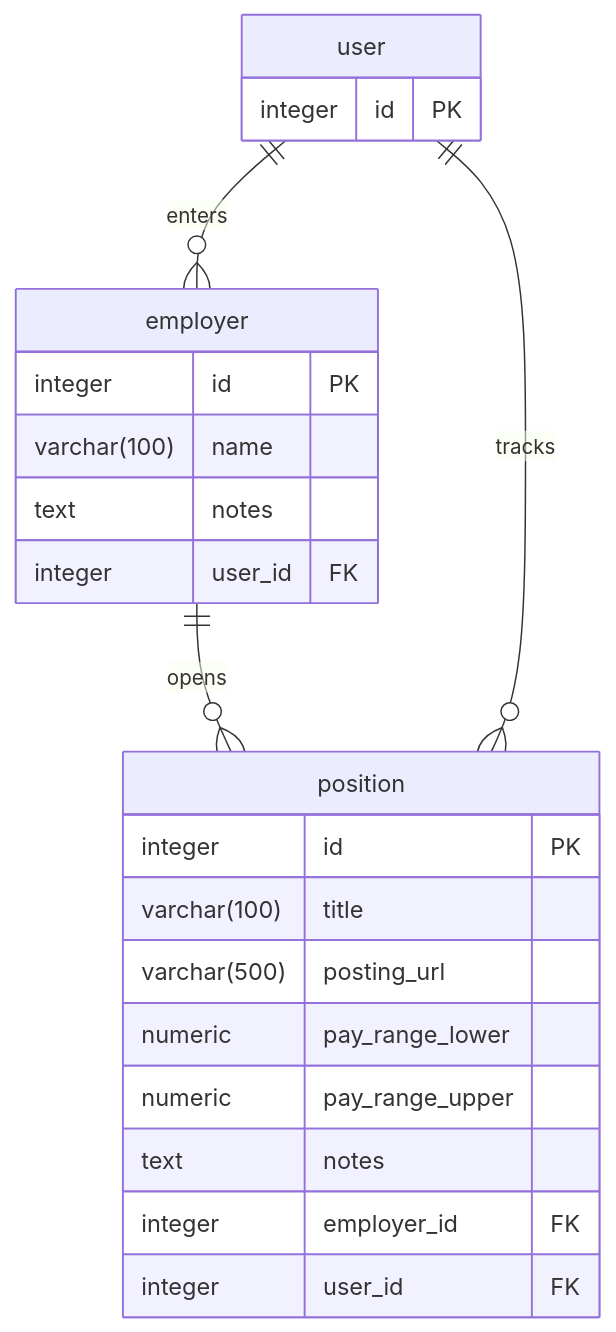
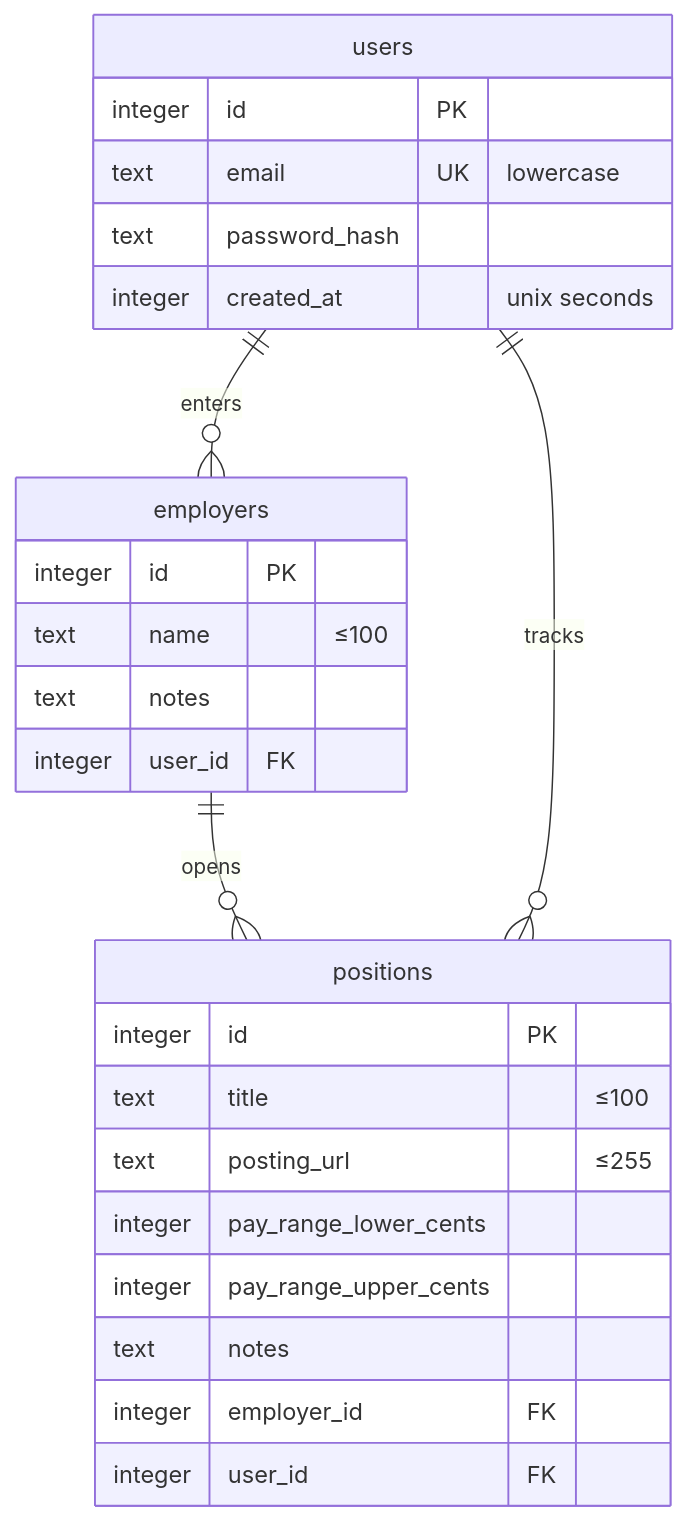
One commit to scryptids/jobsapp changed the diagram in docs/docs/database/entity-relationships.md. Above: the diagram before and after it, drawn with Mermaid. The commit also changed other lines of this file and 6 other files, not shown here.

````diff
--- a/docs/docs/database/entity-relationships.md
+++ b/docs/docs/database/entity-relationships.md
@@ -7,26 +11,29 @@
 ```mermaid
 erDiagram
-    user {
+    users {
         integer id PK
+        text email UK "lowercase"
+        text password_hash
+        integer created_at "unix seconds"
     }
-    employer {
+    employers {
         integer id PK
-        varchar(100) name
+        text name "≤100"
         text notes
         integer user_id FK
     }
-    position {
+    positions {
         integer id PK
-        varchar(100) title
-        varchar(500) posting_url
-        numeric pay_range_lower
-        numeric pay_range_upper
+        text title "≤100"
+        text posting_url "≤255"
+        integer pay_range_lower_cents
+        integer pay_range_upper_cents
         text notes
         integer employer_id FK
         integer user_id FK
     }
 
-    employer                  || -- o{ position     : opens
-    user                      || -- o{ employer     : enters
-    user                      || -- o{ position     : tracks
+    employers                  || -- o{ positions     : opens
+    users                      || -- o{ employers     : enters
+    users                      || -- o{ positions     : tracks
 ```
````
